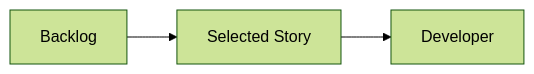
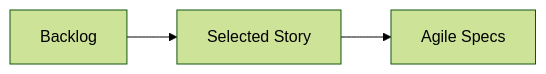
Before and after one commit to mtov/AgileSpec: the fourth of 8 diagrams in README.md, drawn with Mermaid (forest theme). The commit also changed 1 other file, not shown here.

Commit message:
Refine story diagram and PodLite screenshot sizing

`````diff
--- a/README.md
+++ b/README.md
@@ -145,4 +145,4 @@
 ```mermaid
 flowchart LR
-    A["Backlog"] --> B["Selected Story"] --> C["Developer"]
+    A["Backlog"] --> B["Selected Story"] --> C["Agile Specs"]
 ````
`````
